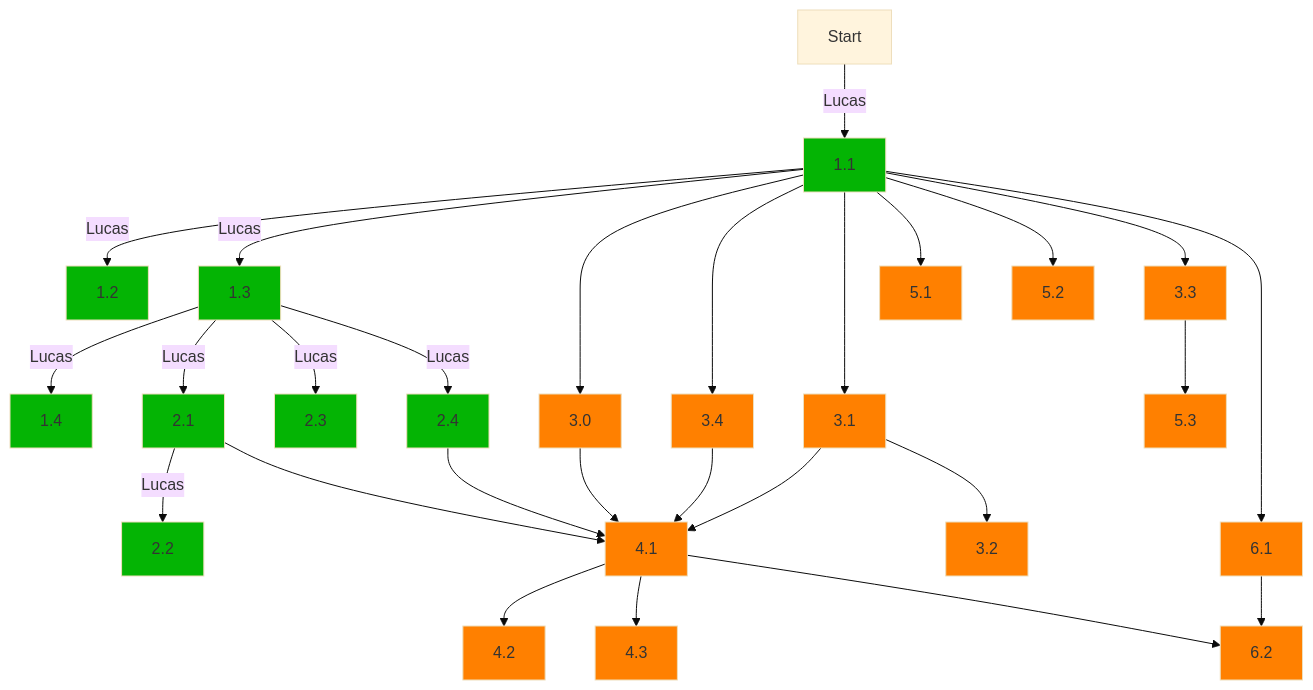
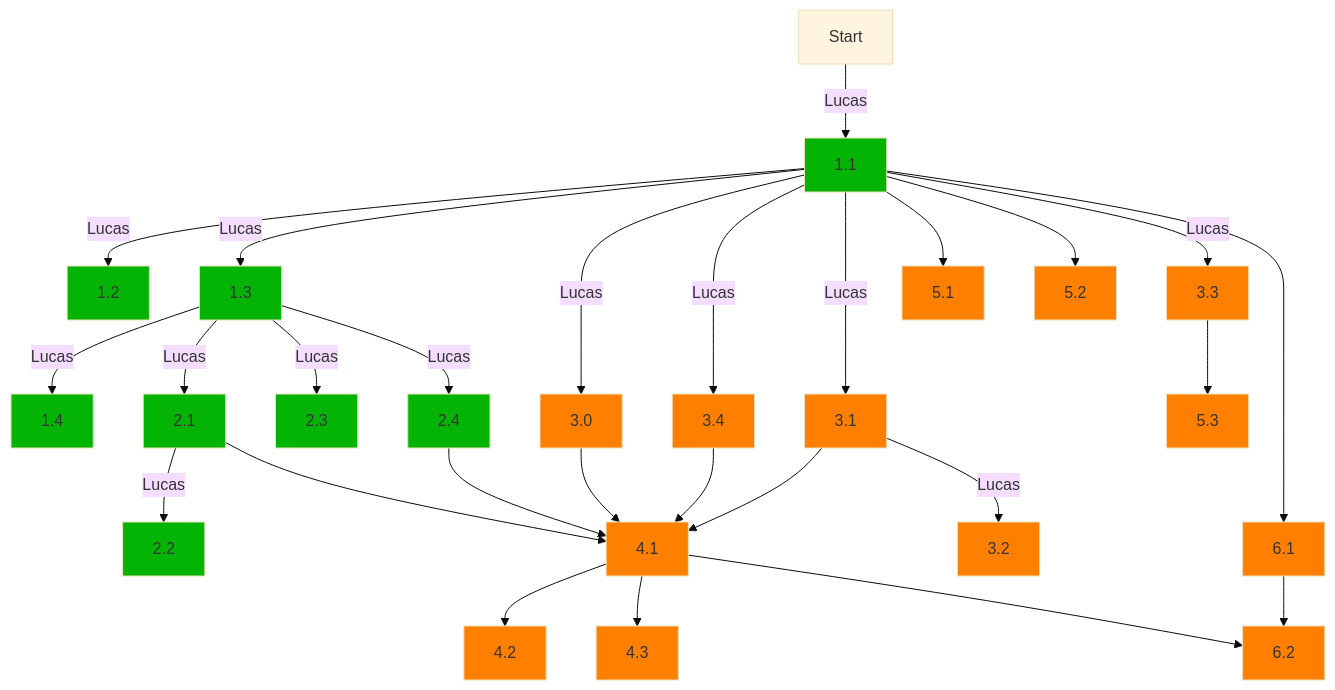
The diagram in DEPENDENCY.md (Luc-mic/Projet_SDAA), drawn with Mermaid before and after one commit.

Commit message:
Mis à jour le diagramme de dépendance

````diff
--- a/DEPENDENCY.md
+++ b/DEPENDENCY.md
@@ -1,57 +1,57 @@
 ```mermaid
 
 %%{init: {'theme':'base'}}%%
 graph TD;
 
 classDef done fill:#04B404;
 classDef not_done fill:#FF8000;
 
     1.1:::done
     1.2:::done
     1.3:::done
     1.4:::done
     2.1:::done
     2.2:::done
     2.3:::done
     2.4:::done
     3.0:::not_done
     3.1:::not_done
     3.2:::not_done
     3.3:::not_done
     3.4:::not_done
     4.1:::not_done
     4.2:::not_done
     4.3:::not_done
     5.1:::not_done
     5.2:::not_done
     5.3:::not_done
     6.1:::not_done
     6.2:::not_done
 
     Start-->|Lucas|1.1;
     1.1-->|Lucas|1.2;
     1.1-->|Lucas|1.3;
     1.3-->|Lucas|1.4;
     1.3-->|Lucas|2.1;
     2.1-->|Lucas|2.2;
     2.1-->4.1;
     1.3-->|Lucas|2.3;
     1.3-->|Lucas|2.4;
     2.4-->4.1;
     4.1-->4.2;
     4.1-->4.3;
     4.1-->6.2;
-    1.1-->3.0;
-    1.1-->3.4;
+    1.1-->|Lucas|3.0;
+    1.1-->|Lucas|3.4;
     3.4-->4.1;
     3.0-->4.1;
-    1.1-->3.1;
+    1.1-->|Lucas|3.1;
     3.1-->4.1;
-    3.1-->3.2;
+    3.1-->|Lucas|3.2;
     1.1-->5.1;
     1.1-->5.2;
-    1.1-->3.3;
+    1.1-->|Lucas|3.3;
     3.3-->5.3;
     1.1-->6.1;
     6.1-->6.2;
 ```
````
